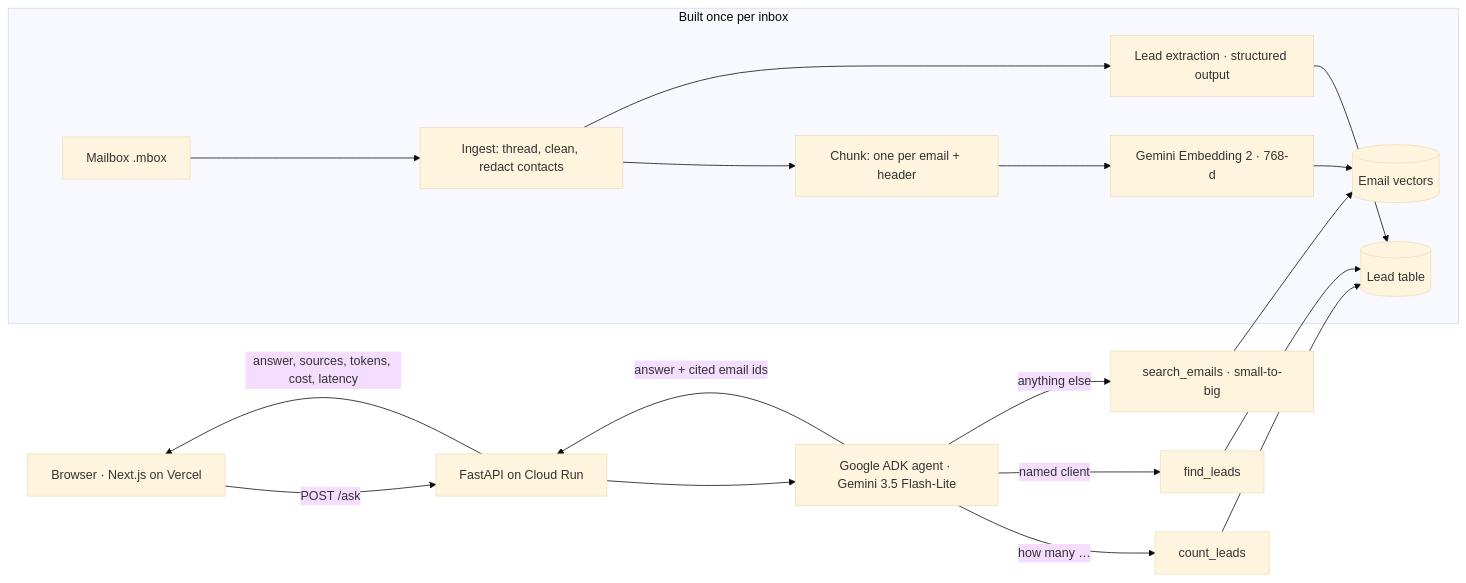
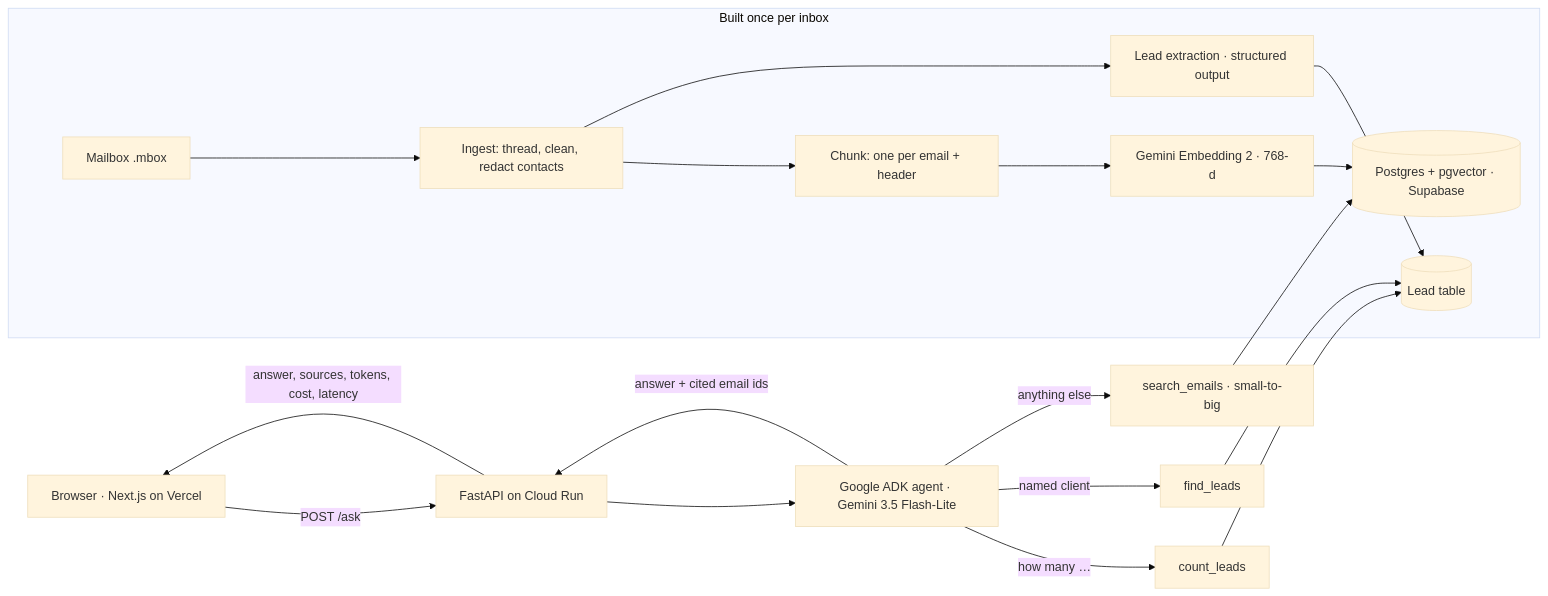
Before and after one commit to Duaarondu/dj-inbox-assistant: the diagram in README.md, drawn with Mermaid (base theme). The commit also changed other lines of this file, not shown here.

Commit message:
README: pgvector on Supabase, live; security notes

````diff
--- a/README.md
+++ b/README.md
@@ -35,19 +36,19 @@
 ```mermaid
 flowchart LR
     subgraph offline["Built once per inbox"]
         M[Mailbox .mbox] --> I[Ingest: thread, clean, redact contacts]
         I --> C[Chunk: one per email + header]
         C --> E[Gemini Embedding 2 · 768-d]
         I --> X[Lead extraction · structured output]
         X --> L[(Lead table)]
-        E --> V[(Email vectors)]
+        E --> V[(Postgres + pgvector · Supabase)]
     end
 
     U[Browser · Next.js on Vercel] -->|POST /ask| A[FastAPI on Cloud Run]
     A --> G[Google ADK agent · Gemini 3.5 Flash-Lite]
     G -->|how many …| T1[count_leads] --> L
     G -->|named client| T2[find_leads] --> L
     G -->|anything else| T3[search_emails · small-to-big] --> V
     G -->|answer + cited email ids| A
     A -->|answer, sources, tokens, cost, latency| U
 ```
````
